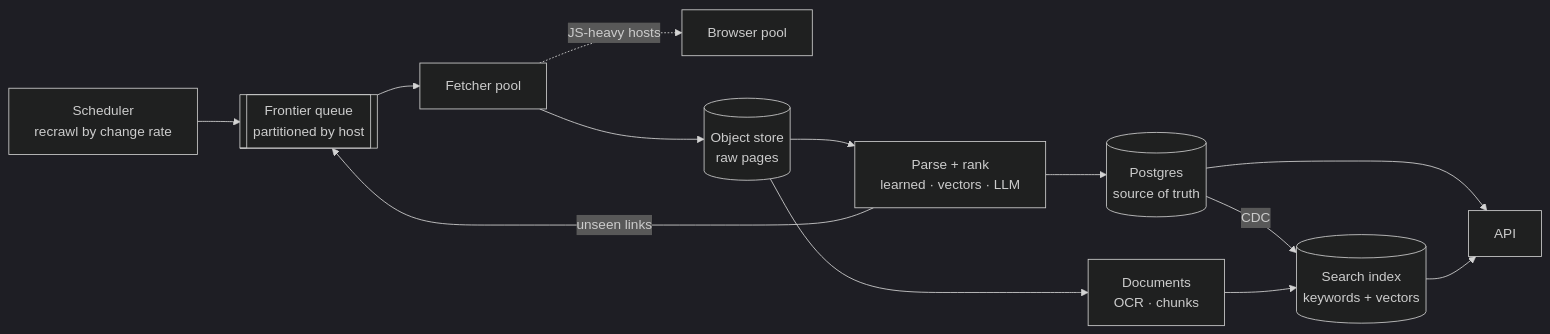
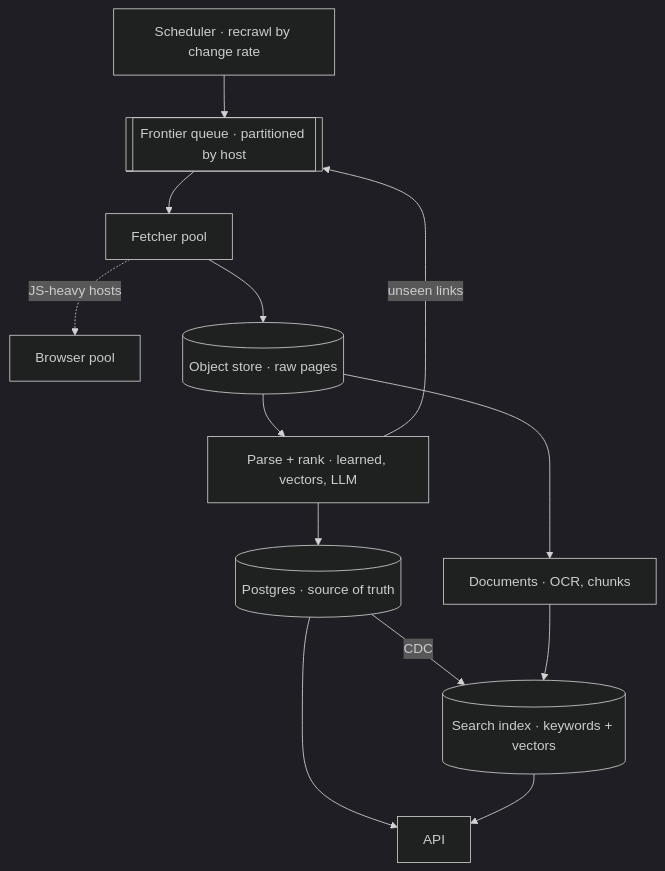
The second of 3 diagrams in README.md (igalk1515/FiscalScout), drawn with Mermaid (dark theme) before and after one commit. The commit also changed other lines of this file, not shown here.

Commit message:
README: top-down diagrams, so every box is readable

````diff
--- a/README.md
+++ b/README.md
@@ -45,14 +45,15 @@
 ```mermaid
-flowchart LR
-    sched[Scheduler<br/>recrawl by change rate] --> queue[[Frontier queue<br/>partitioned by host]]
+flowchart TB
+    sched[Scheduler · recrawl by change rate] --> queue[[Frontier queue · partitioned by host]]
     queue --> fetch[Fetcher pool]
     fetch -.->|JS-heavy hosts| browser[Browser pool]
-    fetch --> obj[(Object store<br/>raw pages)]
-    obj --> parse[Parse + rank<br/>learned · vectors · LLM]
+    fetch --> obj[(Object store · raw pages)]
+    obj --> parse[Parse + rank · learned, vectors, LLM]
+    obj --> docs[Documents · OCR, chunks]
     parse -->|unseen links| queue
-    parse --> pg[(Postgres<br/>source of truth)]
-    pg -->|CDC| search[(Search index<br/>keywords + vectors)]
-    obj --> docs[Documents<br/>OCR · chunks] --> search
+    parse --> pg[(Postgres · source of truth)]
+    pg -->|CDC| search[(Search index · keywords + vectors)]
+    docs --> search
     pg --> apiB[API]
     search --> apiB
 ```
````
